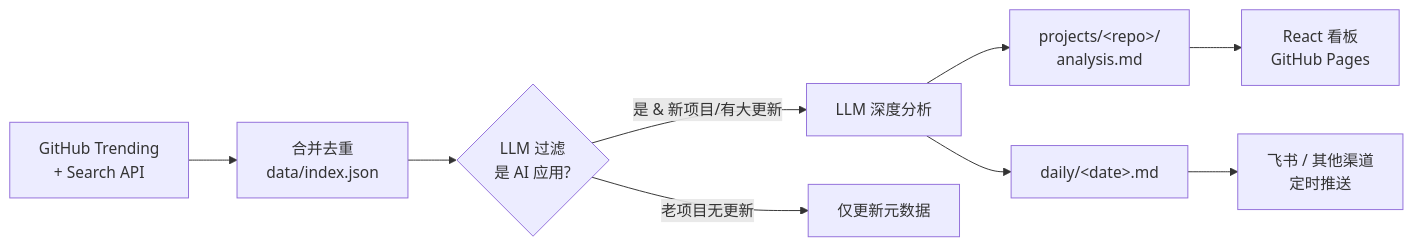
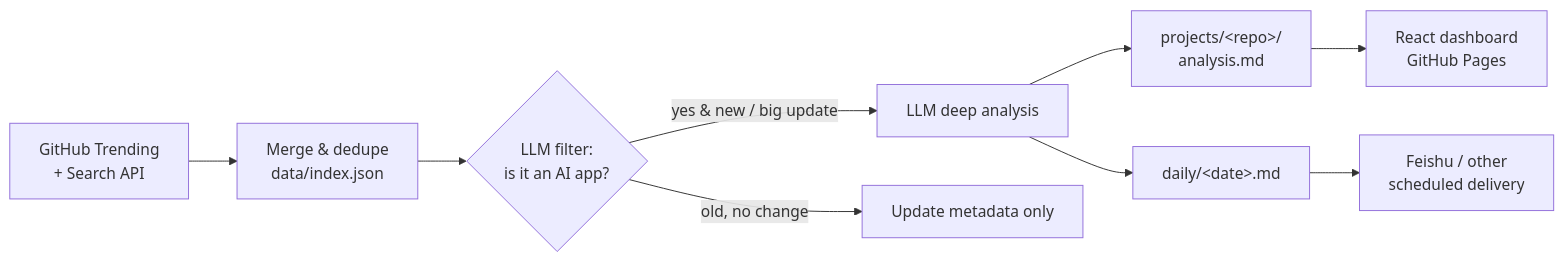
Before and after one commit to StevenSixon/my-daily-news: the diagram in README.md, drawn with Mermaid. The commit also changed other lines of this file and 2 other files, not shown here.

````diff
--- a/README.md
+++ b/README.md
@@ -64,11 +65,11 @@
 ```mermaid
 flowchart LR
-    A[GitHub Trending<br/>+ Search API] --> B[合并去重<br/>data/index.json]
-    B --> C{LLM 过滤<br/>是 AI 应用?}
-    C -->|是 & 新项目/有大更新| D[LLM 深度分析]
-    C -->|老项目无更新| E[仅更新元数据]
+    A[GitHub Trending<br/>+ Search API] --> B[Merge & dedupe<br/>data/index.json]
+    B --> C{LLM filter:<br/>is it an AI app?}
+    C -->|yes & new / big update| D[LLM deep analysis]
+    C -->|old, no change| E[Update metadata only]
     D --> F[projects/&lt;repo&gt;/<br/>analysis.md]
     D --> G[daily/&lt;date&gt;.md]
-    F --> H[React 看板<br/>GitHub Pages]
-    G --> I[飞书 / 其他渠道<br/>定时推送]
+    F --> H[React dashboard<br/>GitHub Pages]
+    G --> I[Feishu / other<br/>scheduled delivery]
 ```
````
